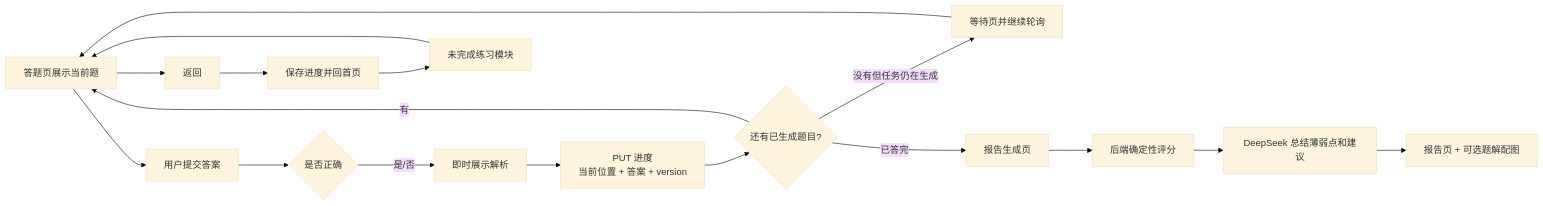
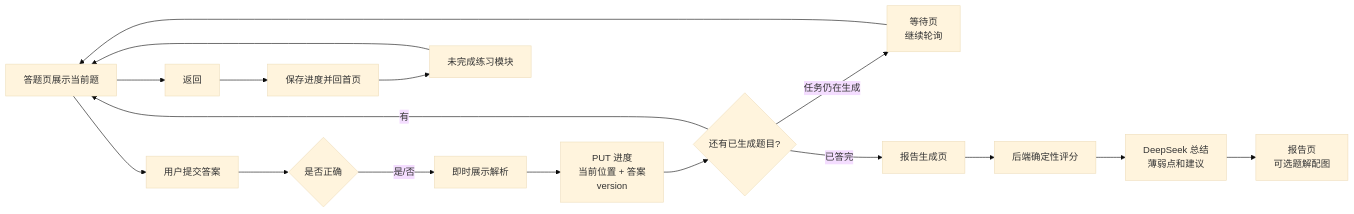
One commit to YXCZS/EasyOffer changed the third of 4 diagrams in README.md. Above: the diagram before and after it, drawn with Mermaid (base theme). The commit also changed other lines of this file, not shown here.

First line of the commit message:
优化README流程图展示效果

````diff
--- a/README.md
+++ b/README.md
@@ -140,19 +140,19 @@
 ```mermaid
 flowchart LR
     A[答题页展示当前题] --> B[用户提交答案]
     B --> C{是否正确}
     C -->|是/否| D[即时展示解析]
-    D --> E[PUT 进度\n当前位置 + 答案 + version]
+    D --> E["PUT 进度<br/>当前位置 + 答案<br/>version"]
     E --> F{还有已生成题目?}
     F -->|有| A
-    F -->|没有但任务仍在生成| G[等待页并继续轮询]
+    F -->|任务仍在生成| G["等待页<br/>继续轮询"]
     G --> A
     F -->|已答完| H[报告生成页]
     H --> I[后端确定性评分]
-    I --> J[DeepSeek 总结薄弱点和建议]
-    J --> K[报告页 + 可选题解配图]
+    I --> J["DeepSeek 总结<br/>薄弱点和建议"]
+    J --> K["报告页<br/>可选题解配图"]
     A --> L[返回]
     L --> M[保存进度并回首页]
     M --> N[未完成练习模块]
     N --> A
 ```
````
